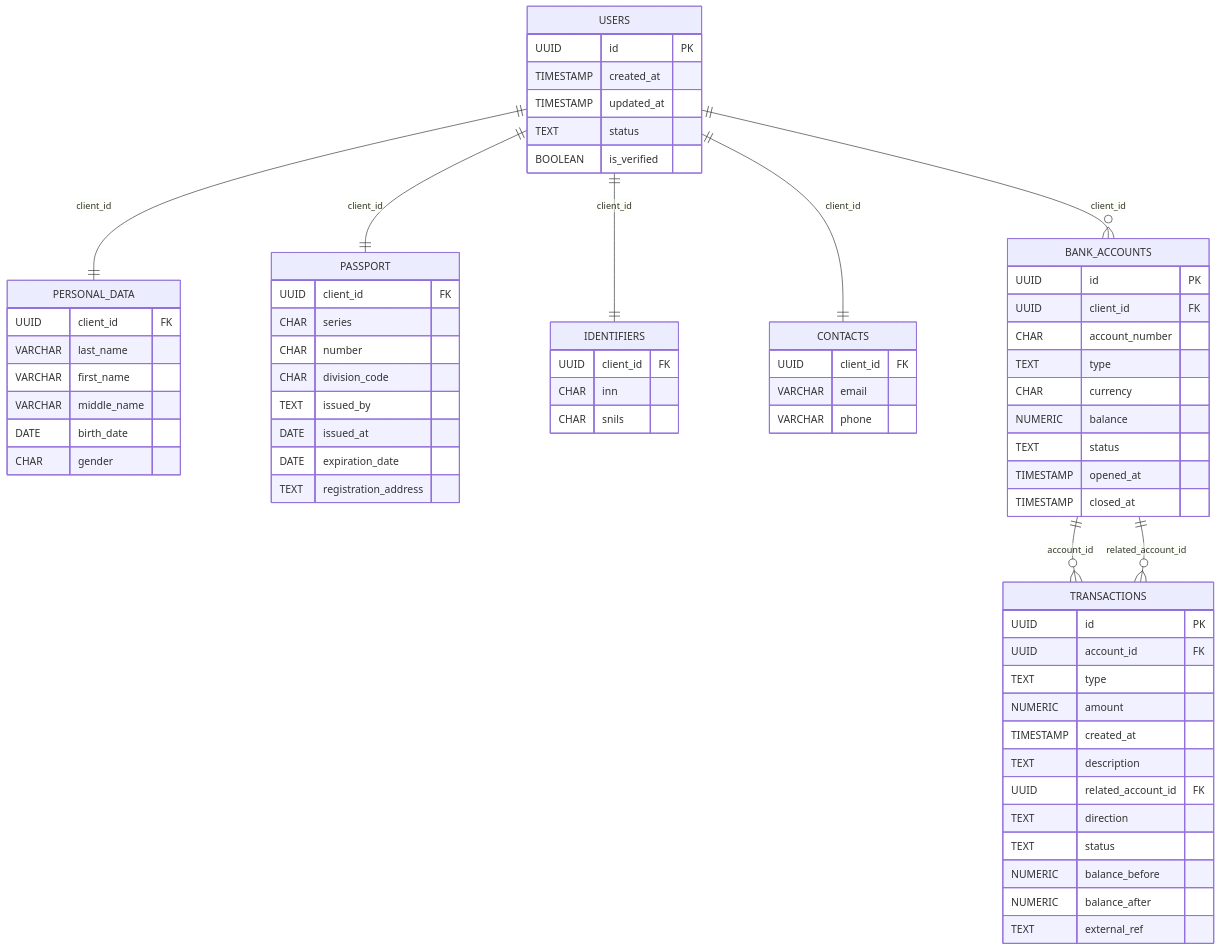
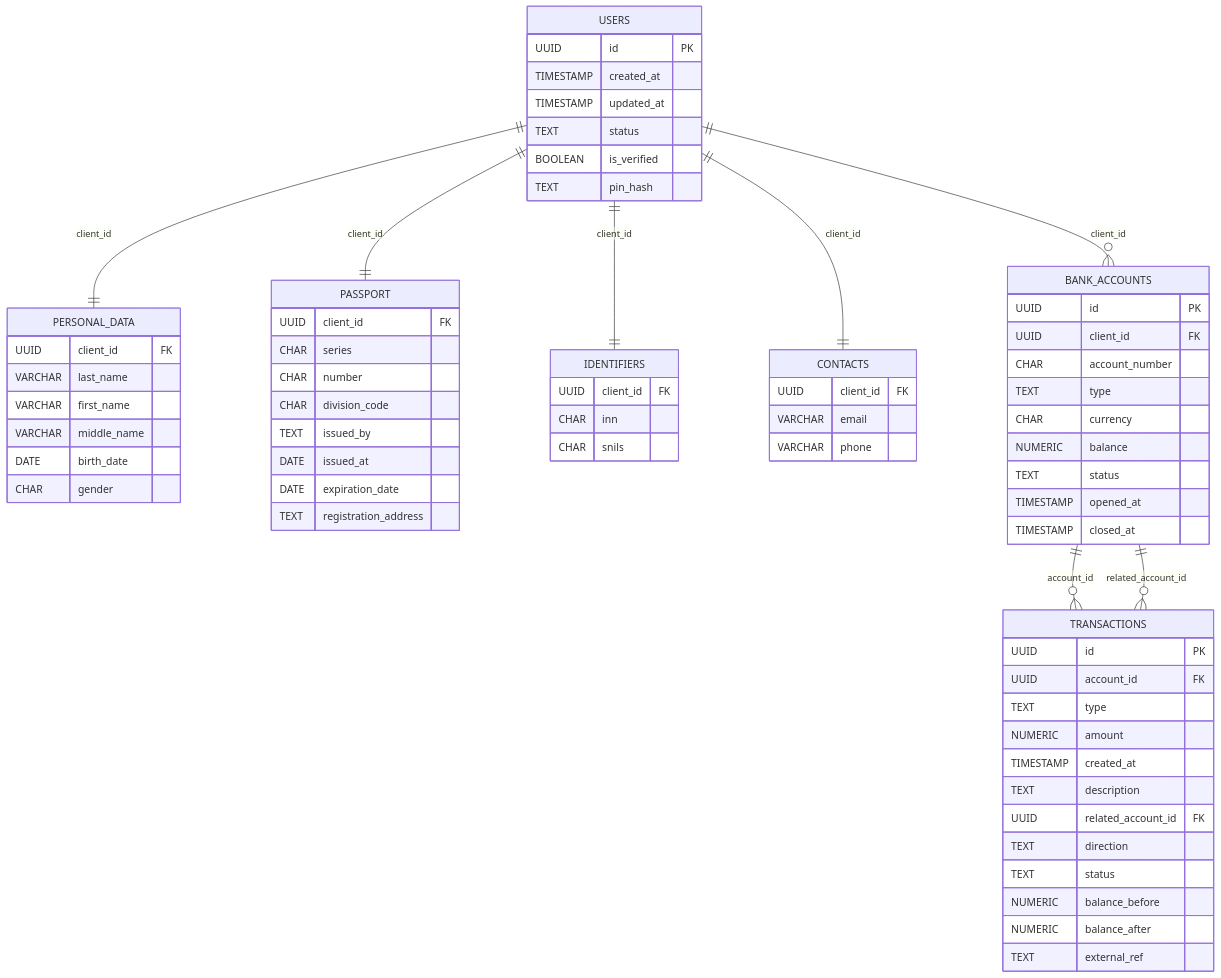
One commit to Battarey/Bank changed the second of 2 diagrams in migrations/README.md. Above: the diagram before and after it, drawn with Mermaid. The commit also changed other lines of this file and 31 other files, not shown here.

Commit message:
Добавлены комментарии к роутерам и pydantic схемам, обновлены readme файлы

`````diff
--- a/migrations/README.md
+++ b/migrations/README.md
@@ -38,71 +88,72 @@
 ````mermaid
 erDiagram
     USERS {
         UUID id PK
         TIMESTAMP created_at
         TIMESTAMP updated_at
         TEXT status
         BOOLEAN is_verified
+        TEXT pin_hash
     }
     PERSONAL_DATA {
         UUID client_id FK
         VARCHAR last_name
         VARCHAR first_name
         VARCHAR middle_name
         DATE birth_date
         CHAR gender
     }
     PASSPORT {
         UUID client_id FK
         CHAR series
         CHAR number
         CHAR division_code
         TEXT issued_by
         DATE issued_at
         DATE expiration_date
         TEXT registration_address
     }
     IDENTIFIERS {
         UUID client_id FK
         CHAR inn
         CHAR snils
     }
     CONTACTS {
         UUID client_id FK
         VARCHAR email
         VARCHAR phone
     }
     BANK_ACCOUNTS {
         UUID id PK
         UUID client_id FK
         CHAR account_number
         TEXT type
         CHAR currency
         NUMERIC balance
         TEXT status
         TIMESTAMP opened_at
         TIMESTAMP closed_at
     }
     TRANSACTIONS {
         UUID id PK
         UUID account_id FK
         TEXT type
         NUMERIC amount
         TIMESTAMP created_at
         TEXT description
         UUID related_account_id FK
         TEXT direction
         TEXT status
         NUMERIC balance_before
         NUMERIC balance_after
         TEXT external_ref
     }
 
     USERS ||--|| PERSONAL_DATA : "client_id"
     USERS ||--|| PASSPORT : "client_id"
     USERS ||--|| IDENTIFIERS : "client_id"
     USERS ||--|| CONTACTS : "client_id"
     USERS ||--o{ BANK_ACCOUNTS : "client_id"
     BANK_ACCOUNTS ||--o{ TRANSACTIONS : "account_id"
     BANK_ACCOUNTS ||--o{ TRANSACTIONS : "related_account_id"
 ````
`````
